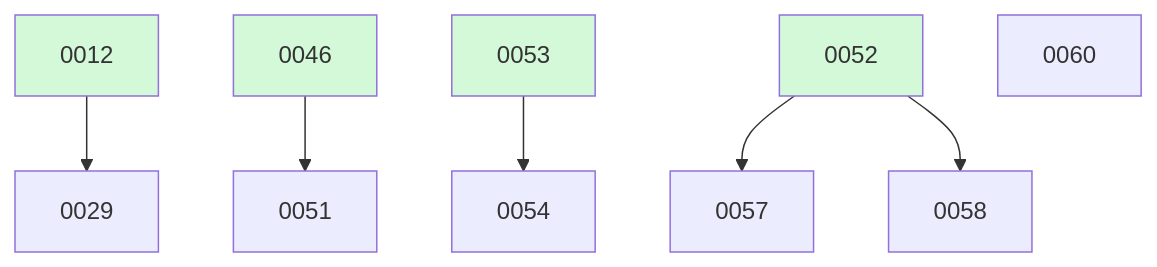
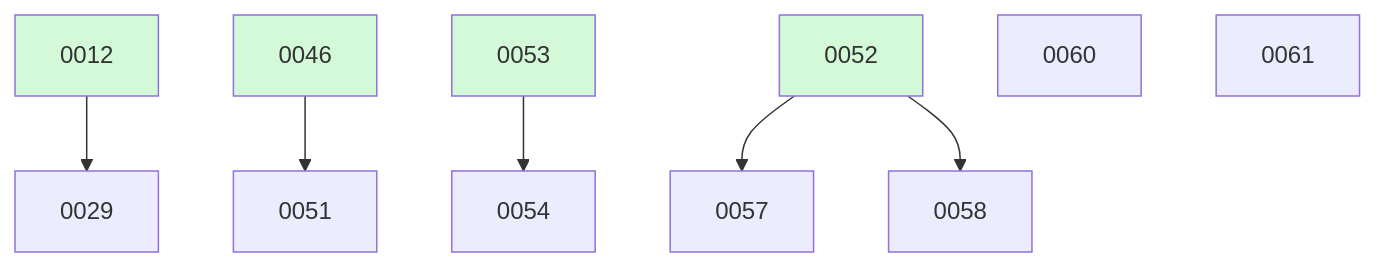
One commit to ethanhinson/fuse changed the diagram in docs/changes/BOARD.md. Above: the diagram before and after it, drawn with Mermaid. The commit also changed other lines of this file, not shown here.

````diff
--- a/docs/changes/BOARD.md
+++ b/docs/changes/BOARD.md
@@ -26,14 +27,15 @@
 ```mermaid
 graph TD
   0012 --> 0029
   0046 --> 0051
   0053 --> 0054
   0052 --> 0057
   0052 --> 0058
   0060
+  0061
   0012:::done
   0046:::done
   0052:::done
   0053:::done
   classDef done fill:#d3f9d8;
 ```
````
